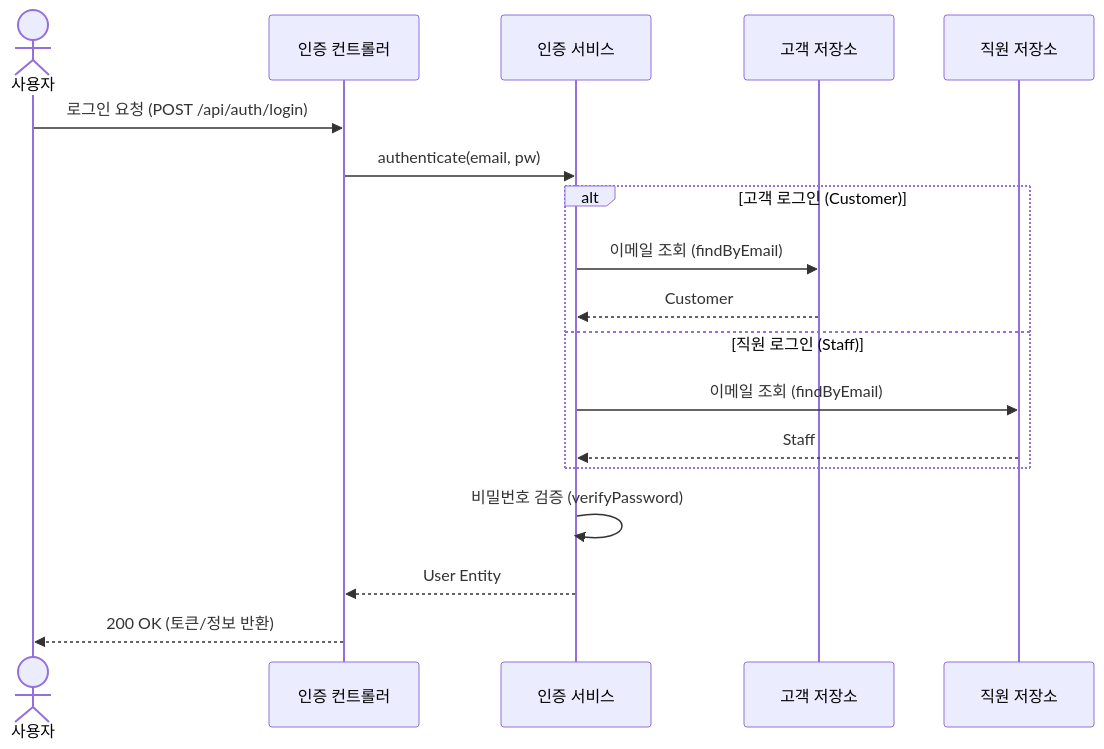
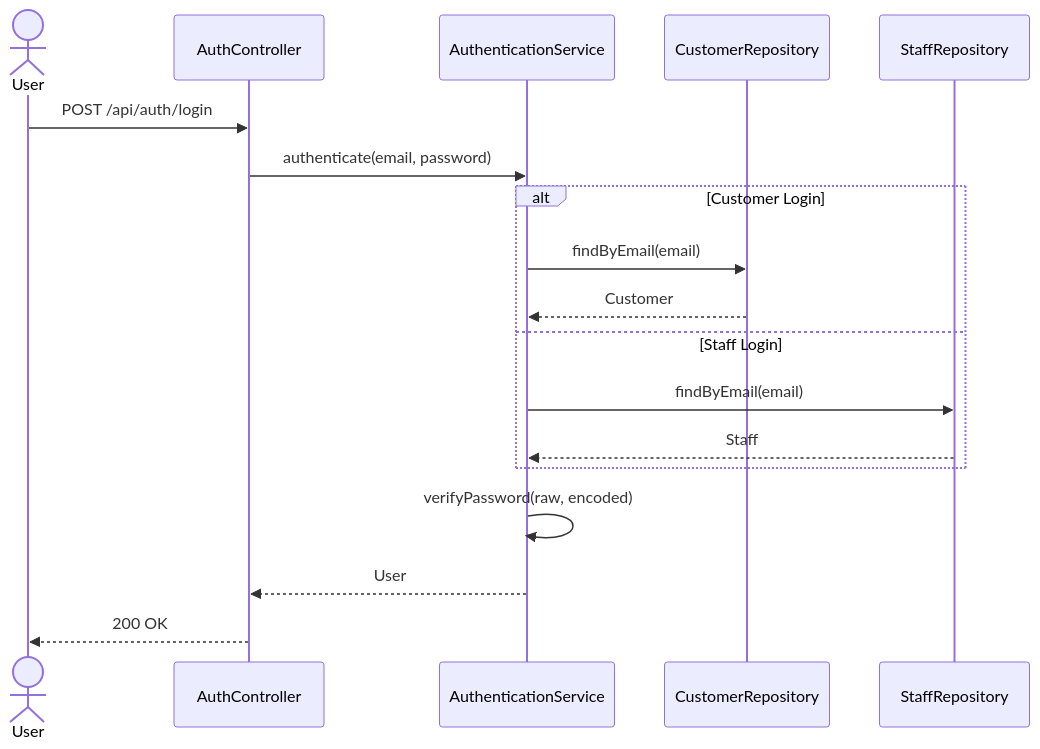
Before and after one commit to bobbobbob1010/SoftwareEngineering: the second of 8 diagrams in docs/시퀀스_다이어그램.md, drawn with Mermaid. The commit also changed other lines of this file, not shown here.

````diff
--- a/docs/시퀀스_다이어그램.md
+++ b/docs/시퀀스_다이어그램.md
@@ -28,21 +28,21 @@
 ```mermaid
 sequenceDiagram
-    actor User as 사용자
-    participant AuthController as 인증 컨트롤러
-    participant AuthenticationService as 인증 서비스
-    participant CustomerRepository as 고객 저장소
-    participant StaffRepository as 직원 저장소
+    actor User
+    participant AuthController
+    participant AuthenticationService
+    participant CustomerRepository
+    participant StaffRepository
 
-    User->>AuthController: 로그인 요청 (POST /api/auth/login)
-    AuthController->>AuthenticationService: authenticate(email, pw)
-    alt 고객 로그인 (Customer)
-        AuthenticationService->>CustomerRepository: 이메일 조회 (findByEmail)
+    User->>AuthController: POST /api/auth/login
+    AuthController->>AuthenticationService: authenticate(email, password)
+    alt Customer Login
+        AuthenticationService->>CustomerRepository: findByEmail(email)
         CustomerRepository-->>AuthenticationService: Customer
-    else 직원 로그인 (Staff)
-        AuthenticationService->>StaffRepository: 이메일 조회 (findByEmail)
+    else Staff Login
+        AuthenticationService->>StaffRepository: findByEmail(email)
         StaffRepository-->>AuthenticationService: Staff
     end
-    AuthenticationService->>AuthenticationService: 비밀번호 검증 (verifyPassword)
-    AuthenticationService-->>AuthController: User Entity
-    AuthController-->>User: 200 OK (토큰/정보 반환)
+    AuthenticationService->>AuthenticationService: verifyPassword(raw, encoded)
+    AuthenticationService-->>AuthController: User
+    AuthController-->>User: 200 OK
 ```
````
